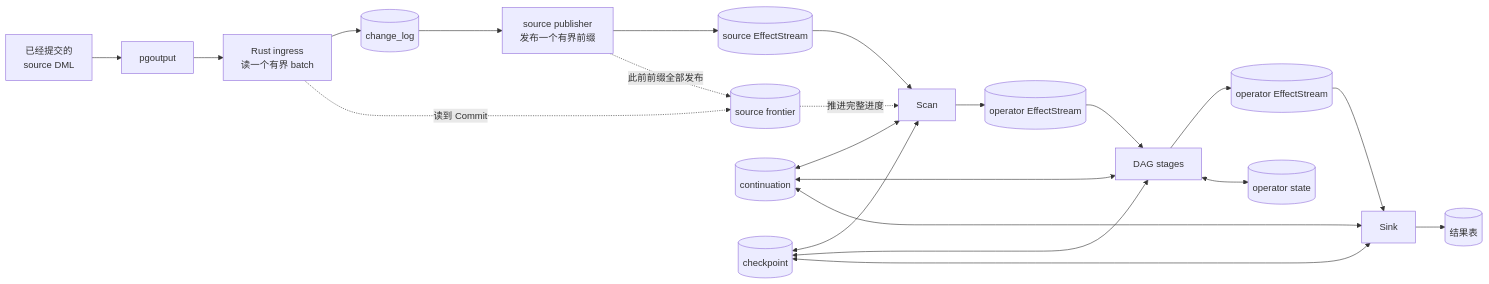
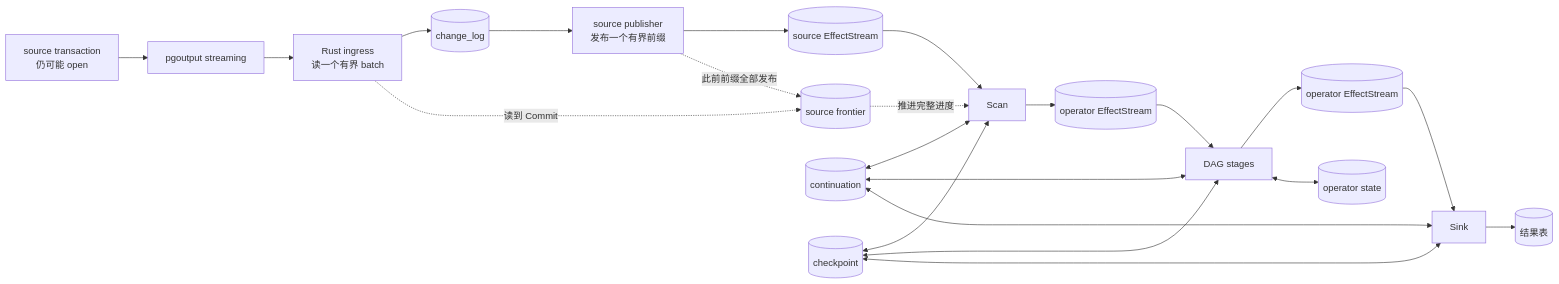
Before and after one commit to frelion/shiba: the first of 7 diagrams in docs/ARCHITECTURE.md, drawn with Mermaid. The commit also changed other lines of this file and 12 other files, not shown here.

````diff
--- a/docs/ARCHITECTURE.md
+++ b/docs/ARCHITECTURE.md
@@ -8,26 +8,26 @@
 ```mermaid
 flowchart LR
-    A["已经提交的<br/>source DML"] --> B["pgoutput"]
+    A["source transaction<br/>仍可能 open"] --> B["pgoutput streaming"]
     B --> C["Rust ingress<br/>读一个有界 batch"]
     C --> D[("change_log")]
     D --> E["source publisher<br/>发布一个有界前缀"]
     E --> F[("source EffectStream")]
     F --> G["Scan"]
     G --> H[("operator EffectStream")]
     H --> I["DAG stages"]
     I --> J[("operator EffectStream")]
     J --> K["Sink"]
     K --> L[("结果表")]
 
     C -. "读到 Commit" .-> P[("source frontier")]
     E -. "此前前缀全部发布" .-> P
     P -. "推进完整进度" .-> G
 
     I <--> S[("operator state")]
     T[("continuation")] <--> G
     T <--> I
     T <--> K
     U[("checkpoint")] <--> G
     U <--> I
     U <--> K
 ```
````
